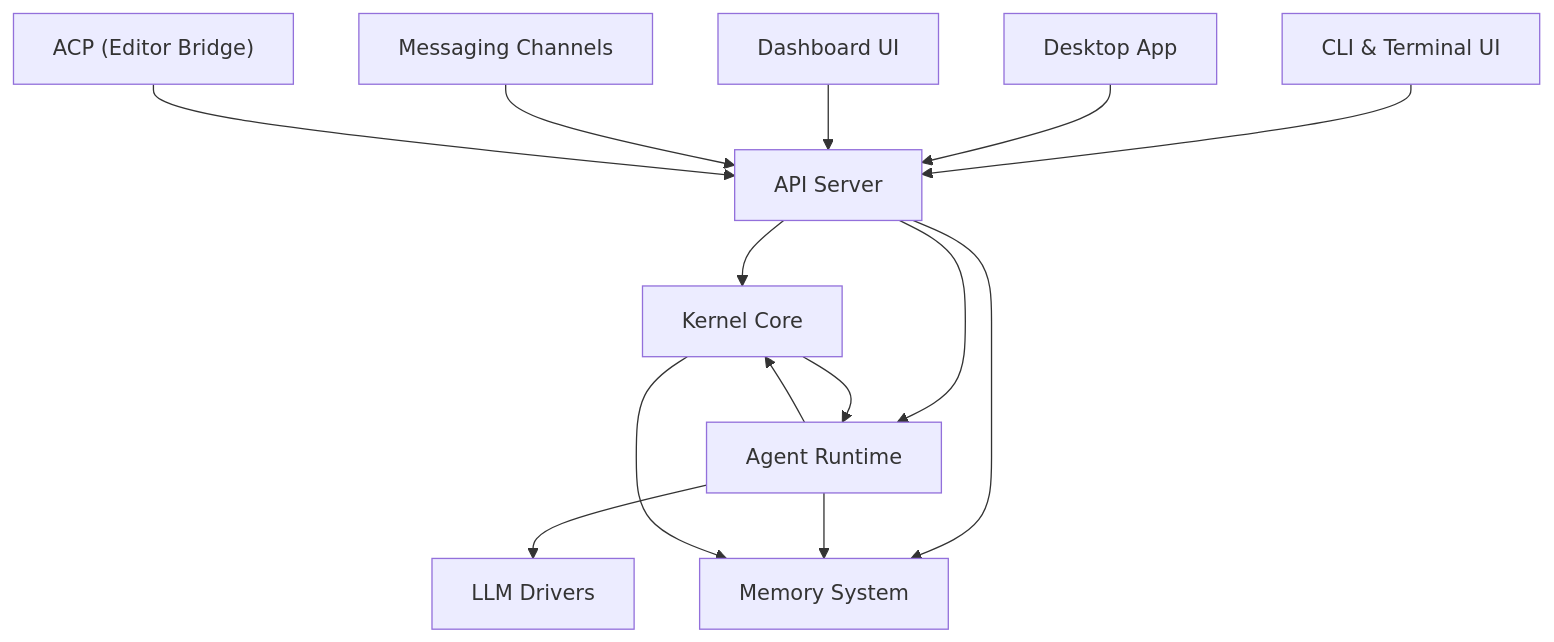
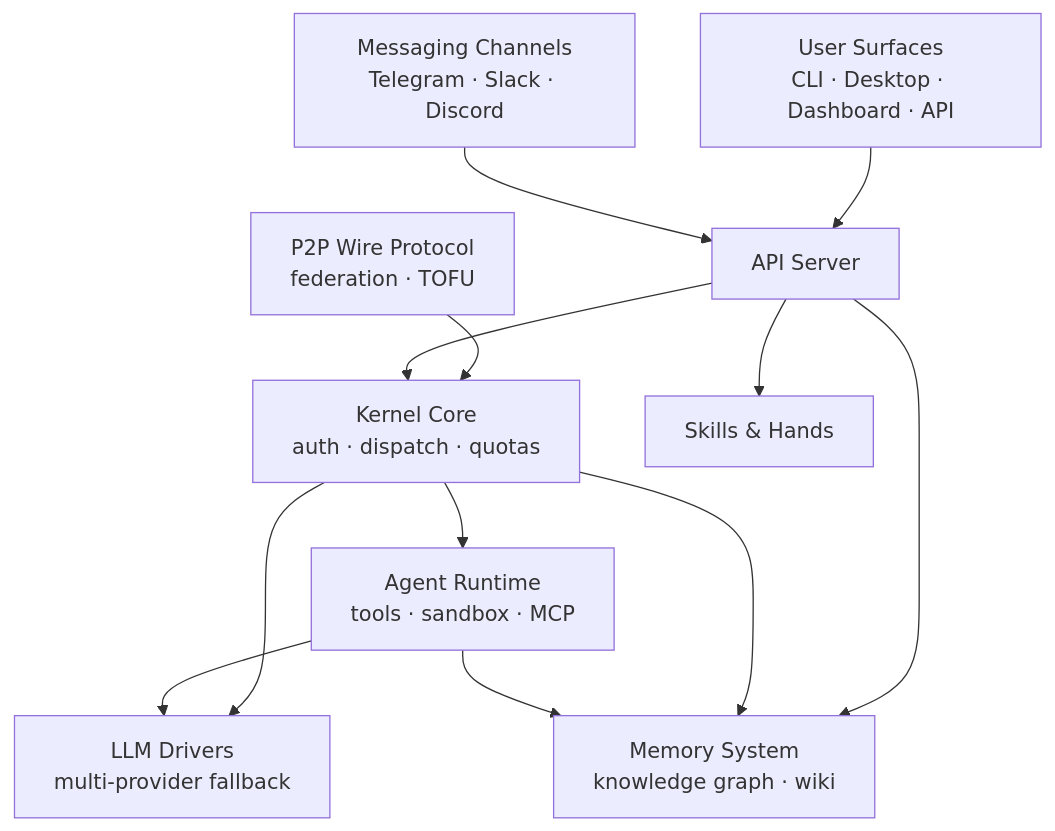
The diagram in overview.md (leszek3737/librefang-WIki), drawn with Mermaid before and after one commit. The commit also changed other lines of this file and 70 other files, not shown here.

````diff
--- a/overview.md
+++ b/overview.md
@@ -9,31 +9,23 @@
 ```mermaid
 graph TD
-    CLI["CLI & Terminal UI"]
-    DESK["Desktop App"]
-    DASH["Dashboard UI"]
-    CH["Messaging Channels"]
-    ACP["ACP (Editor Bridge)"]
-
+    UI["User Surfaces<br/>CLI · Desktop · Dashboard · API"]
     API["API Server"]
-
-    KERNEL["Kernel Core"]
-    RUNTIME["Agent Runtime"]
-    LLM["LLM Drivers"]
-    MEMORY["Memory System"]
-
-    CLI --> API
-    DESK --> API
-    DASH --> API
+    K["Kernel Core<br/>auth · dispatch · quotas"]
+    RT["Agent Runtime<br/>tools · sandbox · MCP"]
+    MEM["Memory System<br/>knowledge graph · wiki"]
+    LLM["LLM Drivers<br/>multi-provider fallback"]
+    CH["Messaging Channels<br/>Telegram · Slack · Discord"]
+    P2P["P2P Wire Protocol<br/>federation · TOFU"]
+    SK["Skills & Hands"]
+    UI --> API
     CH --> API
-    ACP --> API
-
-    API --> KERNEL
-    API --> RUNTIME
-    API --> MEMORY
-
-    RUNTIME --> LLM
-    RUNTIME --> MEMORY
-    RUNTIME --> KERNEL
-    KERNEL --> RUNTIME
-    KERNEL --> MEMORY
+    P2P --> K
+    API --> K
+    API --> SK
+    API --> MEM
+    K --> RT
+    K --> MEM
+    K --> LLM
+    RT --> LLM
+    RT --> MEM
 ```
````
